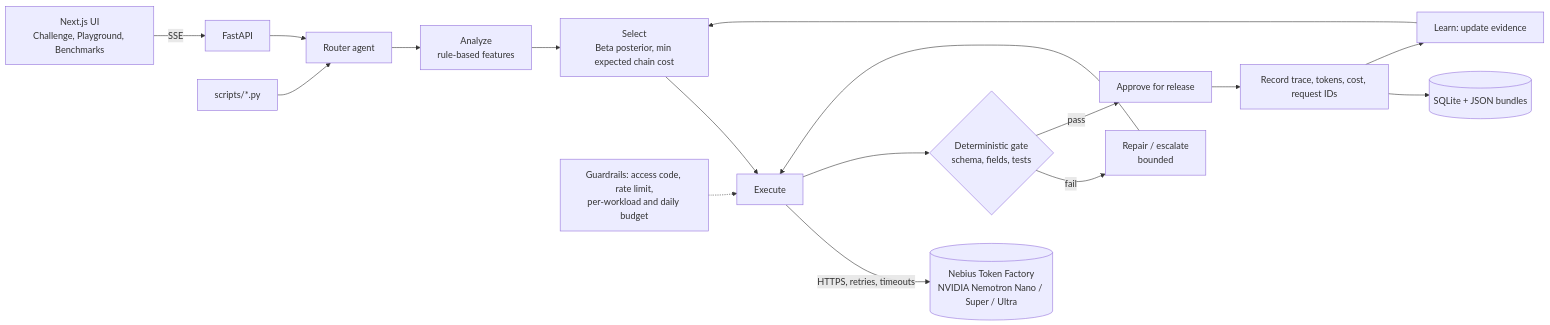
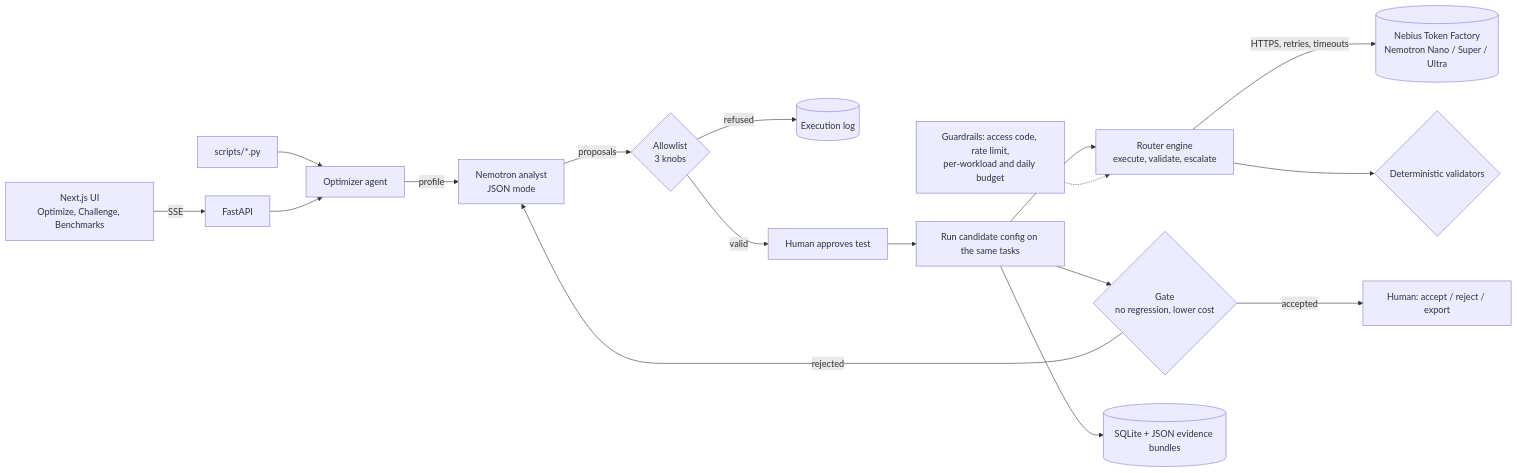
Before and after one commit to jaharilockett81/ecocompute-ai: the diagram in README.md, drawn with Mermaid. The commit also changed other lines of this file and 7 other files, not shown here.

````diff
--- a/README.md
+++ b/README.md
@@ -28,15 +60,19 @@
 ```mermaid
 flowchart LR
-  UI[Next.js UI<br/>Challenge, Playground, Benchmarks] -- SSE --> API[FastAPI]
-  CLI[scripts/*.py] --> R
-  API --> R[Router agent]
-  R --> A[Analyze<br/>rule-based features] --> S[Select<br/>Beta posterior, min expected chain cost]
-  S --> X[Execute]
-  X -- HTTPS, retries, timeouts --> NF[(Nebius Token Factory<br/>NVIDIA Nemotron Nano / Super / Ultra)]
-  X --> E{Deterministic gate<br/>schema, fields, tests}
-  E -- fail --> ESC[Repair / escalate<br/>bounded] --> X
-  E -- pass --> AP[Approve for release]
-  AP --> REC[Record trace, tokens, cost, request IDs] --> DB[(SQLite + JSON bundles)]
-  REC --> L[Learn: update evidence] --> S
-  G[Guardrails: access code, rate limit,<br/>per-workload and daily budget] -.-> X
+  UI[Next.js UI<br/>Optimize, Challenge, Benchmarks] -- SSE --> API[FastAPI]
+  CLI[scripts/*.py] --> OPT
+  API --> OPT[Optimizer agent]
+  OPT -- profile --> AN[Nemotron analyst<br/>JSON mode]
+  AN -- proposals --> AL{Allowlist<br/>3 knobs}
+  AL -- refused --> LOG[(Execution log)]
+  AL -- valid --> HA[Human approves test]
+  HA --> RUN[Run candidate config on the same tasks]
+  RUN --> R[Router engine<br/>execute, validate, escalate]
+  R -- HTTPS, retries, timeouts --> NF[(Nebius Token Factory<br/>Nemotron Nano / Super / Ultra)]
+  R --> V{Deterministic validators}
+  RUN --> G{Gate<br/>no regression, lower cost}
+  G -- rejected --> AN
+  G -- accepted --> HD[Human: accept / reject / export]
+  RUN --> DB[(SQLite + JSON evidence bundles)]
+  GR[Guardrails: access code, rate limit,<br/>per-workload and daily budget] -.-> R
 ```
````
